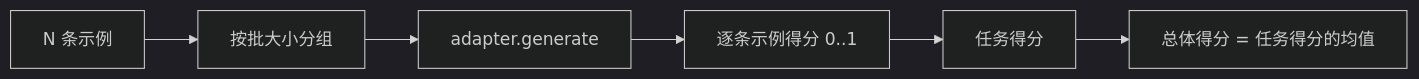
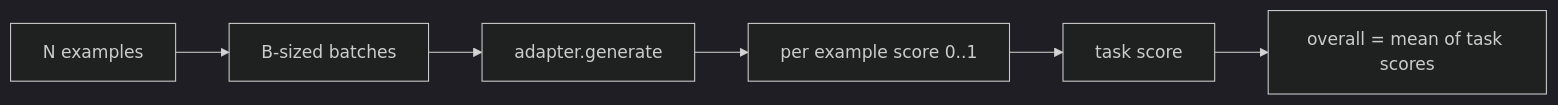
The second of 2 diagrams in i18n/zh/phases/19-capstone-projects/49-lm-eval-harness/docs/zh.md (xiaojiaenen/ai-engineering-from-scratch-zh), drawn with Mermaid (dark theme) before and after one commit. The commit also changed other lines of this file and 85 other files, not shown here.

````diff
--- a/i18n/zh/phases/19-capstone-projects/49-lm-eval-harness/docs/zh.md
+++ b/i18n/zh/phases/19-capstone-projects/49-lm-eval-harness/docs/zh.md
@@ -97,8 +97,8 @@
 ```mermaid
 flowchart LR
-  examples[N 条示例] --> batches[按批大小分组]
+  examples[N examples] --> batches[B-sized batches]
   batches --> adapter[adapter.generate]
-  adapter --> per[逐条示例得分 0..1]
-  per --> avg[任务得分]
-  avg --> over[总体得分 = 任务得分的均值]
+  adapter --> per[per example score 0..1]
+  per --> avg[task score]
+  avg --> over[overall = mean of task scores]
 ```
````
